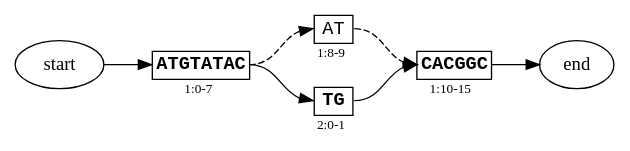
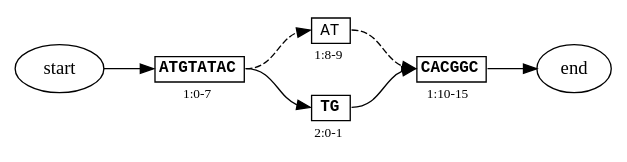
Before and after one commit to ginkgobioworks/gen: the diagram in docs/figures/figure_2_symmetrical.dot, drawn with Graphviz. The commit also changed 14 other files, not shown here.

Commit message:
extraction function in graph.py

```diff
--- a/docs/figures/figure_2_symmetrical.dot
+++ b/docs/figures/figure_2_symmetrical.dot
@@ -1,27 +1,28 @@
 strict digraph "" {
-	graph [rankdir=LR,
+	graph [fontnames=svg,
+		rankdir=LR,
 		ranksep=0.5,
 		splines=true
 	];
 	node [label="\N"];
 	start	[label=start];
-	1.0	[label=<<TABLE BORDER='0' CELLBORDER='1' CELLSPACING='0'><TR><TD ALIGN='CENTER' PORT='seq'><FONT FACE='Courier'><B>ATGTATAC</B></FONT></TD></TR><TR><TD BORDER='0' ALIGN='CENTER'><FONT POINT-SIZE='10'>1:0-7</FONT></TD></TR></TABLE>>,
+	1.0	[label=<<TABLE BORDER='0' CELLBORDER='1'><TR><TD ALIGN='CENTER' PORT='seq'><FONT POINT-SIZE='12' FACE='Monospace'><B>ATGTATAC</B></FONT></TD></TR><TR><TD BORDER='0' ALIGN='CENTER'><FONT POINT-SIZE='10'>1:0-7</FONT></TD></TR></TABLE>>,
 		margin=0,
 		shape=none];
 	start:e -> 1.0:seq:w;
-	1.8	[label=<<TABLE BORDER='0' CELLBORDER='1' CELLSPACING='0'><TR><TD ALIGN='CENTER' PORT='seq'><FONT FACE='Courier'>AT</FONT></TD></TR><TR><TD BORDER='0' ALIGN='CENTER'><FONT POINT-SIZE='10'>1:8-9</FONT></TD></TR></TABLE>>,
+	1.8	[label=<<TABLE BORDER='0' CELLBORDER='1'><TR><TD ALIGN='CENTER' PORT='seq'><FONT POINT-SIZE='12' FACE='Monospace'>AT</FONT></TD></TR><TR><TD BORDER='0' ALIGN='CENTER'><FONT POINT-SIZE='10'>1:8-9</FONT></TD></TR></TABLE>>,
 		margin=0,
 		shape=none];
 	1.0:seq:e -> 1.8:seq:w	[style=dashed];
-	2.0	[label=<<TABLE BORDER='0' CELLBORDER='1' CELLSPACING='0'><TR><TD ALIGN='CENTER' PORT='seq'><FONT FACE='Courier'><B>TG</B></FONT></TD></TR><TR><TD BORDER='0' ALIGN='CENTER'><FONT POINT-SIZE='10'>2:0-1</FONT></TD></TR></TABLE>>,
+	2.0	[label=<<TABLE BORDER='0' CELLBORDER='1'><TR><TD ALIGN='CENTER' PORT='seq'><FONT POINT-SIZE='12' FACE='Monospace'><B>TG</B></FONT></TD></TR><TR><TD BORDER='0' ALIGN='CENTER'><FONT POINT-SIZE='10'>2:0-1</FONT></TD></TR></TABLE>>,
 		margin=0,
 		shape=none];
 	1.0:seq:e -> 2.0:seq:w;
-	1.10	[label=<<TABLE BORDER='0' CELLBORDER='1' CELLSPACING='0'><TR><TD ALIGN='CENTER' PORT='seq'><FONT FACE='Courier'><B>CACGGC</B></FONT></TD></TR><TR><TD BORDER='0' ALIGN='CENTER'><FONT POINT-SIZE='10'>1:10-15</FONT></TD></TR></TABLE>>,
+	1.10	[label=<<TABLE BORDER='0' CELLBORDER='1'><TR><TD ALIGN='CENTER' PORT='seq'><FONT POINT-SIZE='12' FACE='Monospace'><B>CACGGC</B></FONT></TD></TR><TR><TD BORDER='0' ALIGN='CENTER'><FONT POINT-SIZE='10'>1:10-15</FONT></TD></TR></TABLE>>,
 		margin=0,
 		shape=none];
 	1.8:seq:e -> 1.10:seq:w	[style=dashed];
 	end	[label=end];
 	1.10:seq:e -> end:w;
 	2.0:seq:e -> 1.10:seq:w;
 }
```
